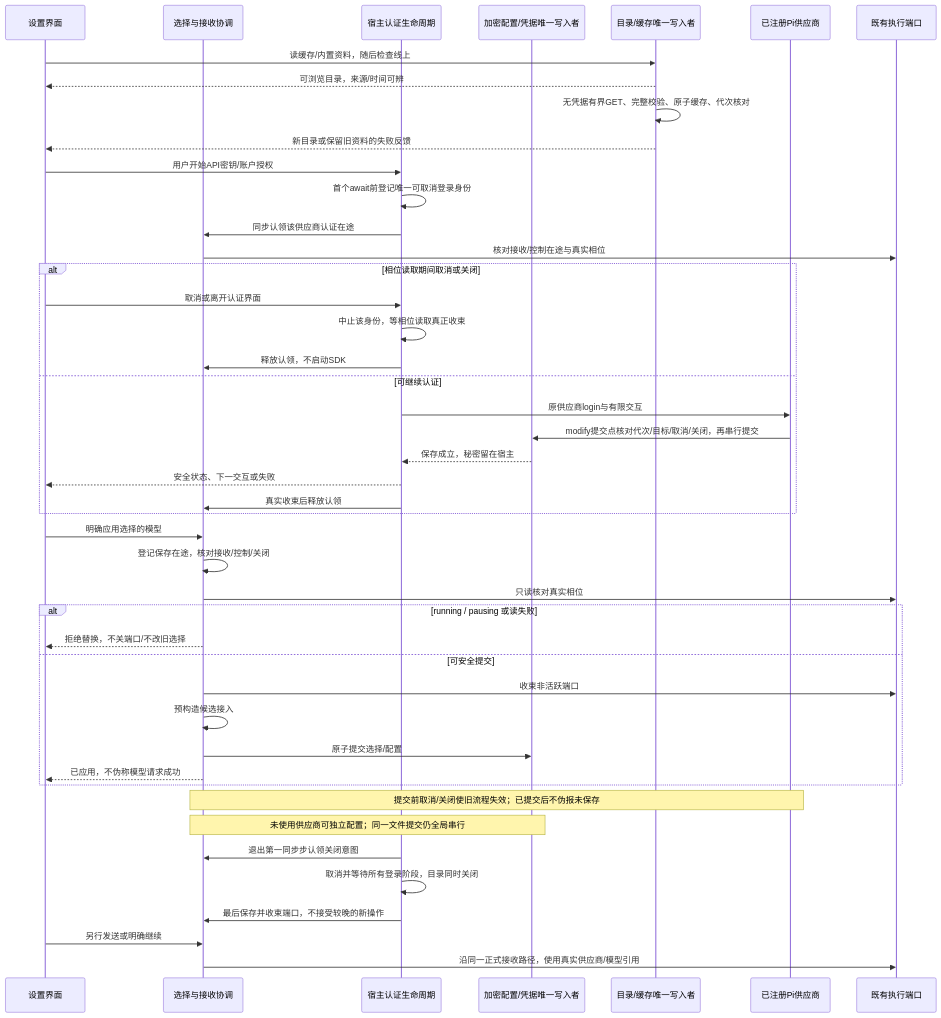
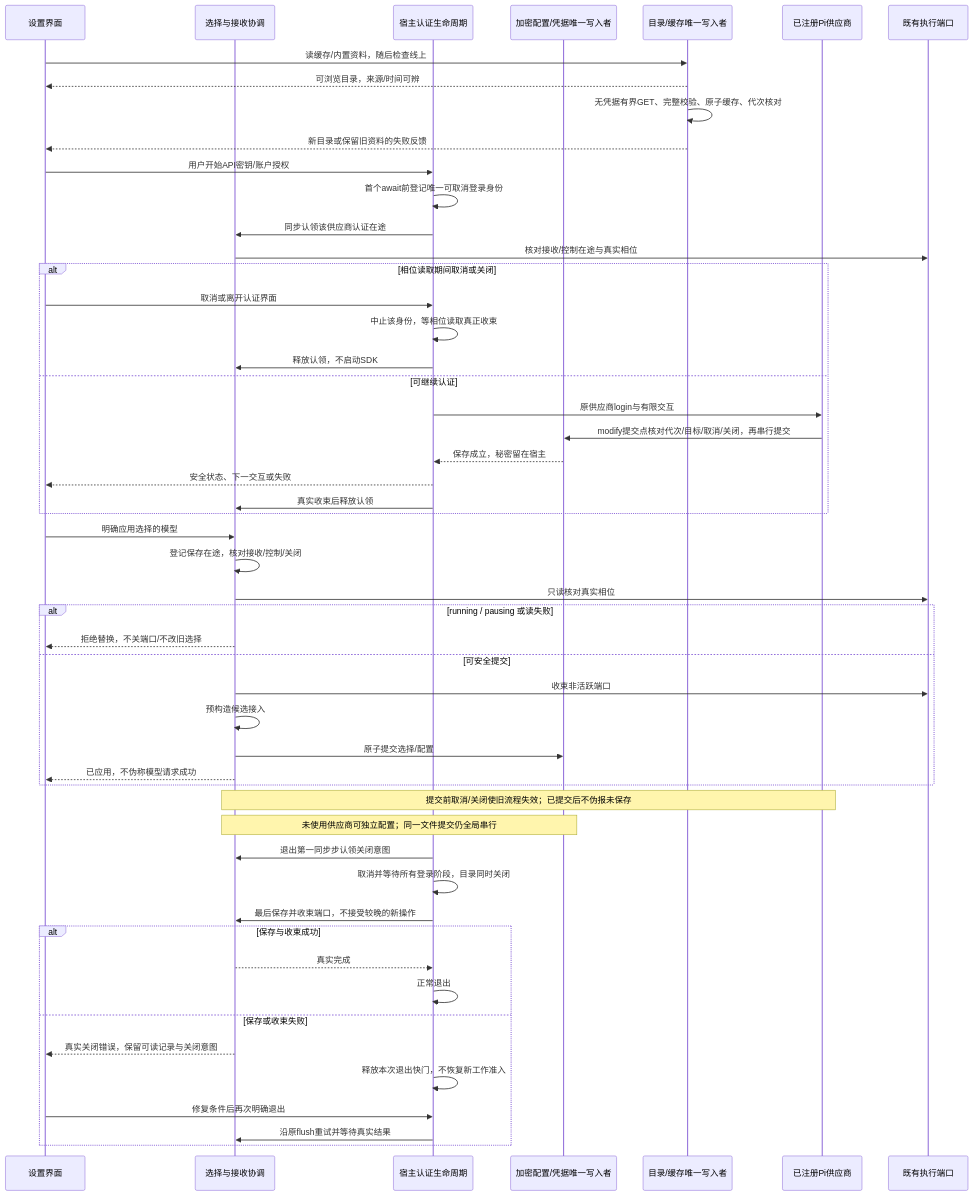
Diagram 18 of 26 in doc/架构约定.md (ssdiwu/dcode), drawn with Mermaid before and after one commit. The commit also changed other lines of this file and 31 other files, not shown here.

````diff
--- a/doc/架构约定.md
+++ b/doc/架构约定.md
@@ -463,47 +484,54 @@
 ```mermaid
 sequenceDiagram
     participant UI as 设置界面
     participant App as 选择与接收协调
     participant Host as 宿主认证生命周期
     participant Cred as 加密配置/凭据唯一写入者
     participant Cat as 目录/缓存唯一写入者
     participant SDK as 已注册Pi供应商
     participant Port as 既有执行端口
     UI->>Cat: 读缓存/内置资料，随后检查线上
     Cat-->>UI: 可浏览目录，来源/时间可辨
     Cat->>Cat: 无凭据有界GET、完整校验、原子缓存、代次核对
     Cat-->>UI: 新目录或保留旧资料的失败反馈
     UI->>Host: 用户开始API密钥/账户授权
     Host->>Host: 首个await前登记唯一可取消登录身份
     Host->>App: 同步认领该供应商认证在途
     App->>Port: 核对接收/控制在途与真实相位
     alt 相位读取期间取消或关闭
         UI->>Host: 取消或离开认证界面
         Host->>Host: 中止该身份，等相位读取真正收束
         Host->>App: 释放认领，不启动SDK
     else 可继续认证
         Host->>SDK: 原供应商login与有限交互
         SDK->>Cred: modify提交点核对代次/目标/取消/关闭，再串行提交
         Cred-->>Host: 保存成立，秘密留在宿主
         Host-->>UI: 安全状态、下一交互或失败
         Host->>App: 真实收束后释放认领
     end
     UI->>App: 明确应用选择的模型
     App->>App: 登记保存在途，核对接收/控制/关闭
     App->>Port: 只读核对真实相位
     alt running / pausing 或读失败
         App-->>UI: 拒绝替换，不关端口/不改旧选择
     else 可安全提交
         App->>Port: 收束非活跃端口
         App->>App: 预构造候选接入
         App->>Cred: 原子提交选择/配置
         App-->>UI: 已应用，不伪称模型请求成功
     end
     Note over App,SDK: 提交前取消/关闭使旧流程失效；已提交后不伪报未保存
     Note over App,Cred: 未使用供应商可独立配置；同一文件提交仍全局串行
     Host->>App: 退出第一同步步认领关闭意图
     Host->>Host: 取消并等待所有登录阶段，目录同时关闭
     Host->>App: 最后保存并收束端口，不接受较晚的新操作
-    UI->>App: 另行发送或明确继续
-    App->>Port: 沿同一正式接收路径，使用真实供应商/模型引用
+    alt 保存与收束成功
+        App-->>Host: 真实完成
+        Host->>Host: 正常退出
+    else 保存或收束失败
+        App-->>UI: 真实关闭错误，保留可读记录与关闭意图
+        Host->>Host: 释放本次退出快门，不恢复新工作准入
+        UI->>Host: 修复条件后再次明确退出
+        Host->>App: 沿原flush重试并等待真实结果
+    end
 ```
````
